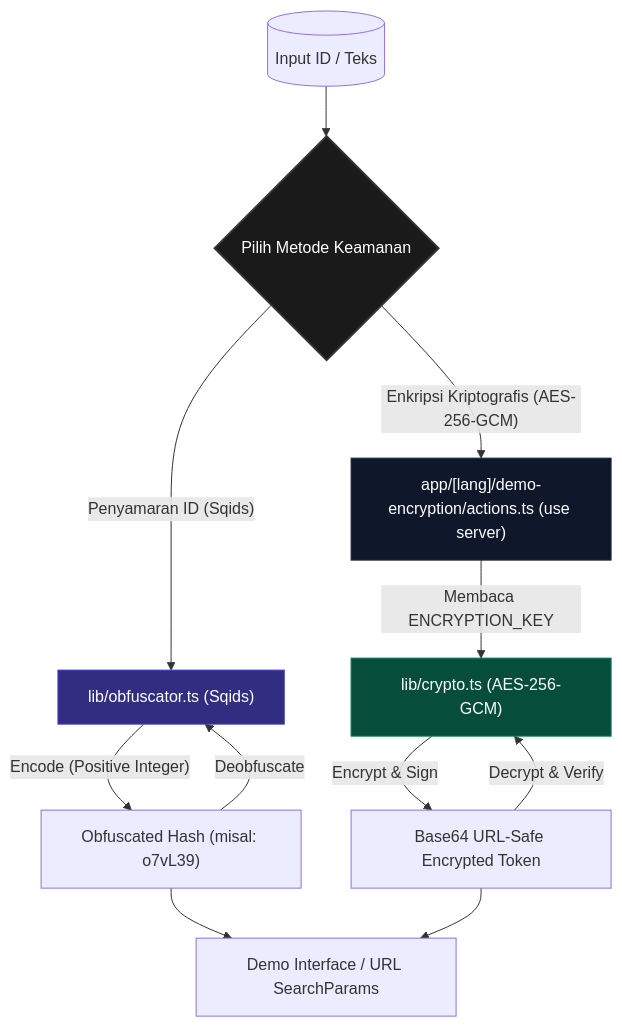
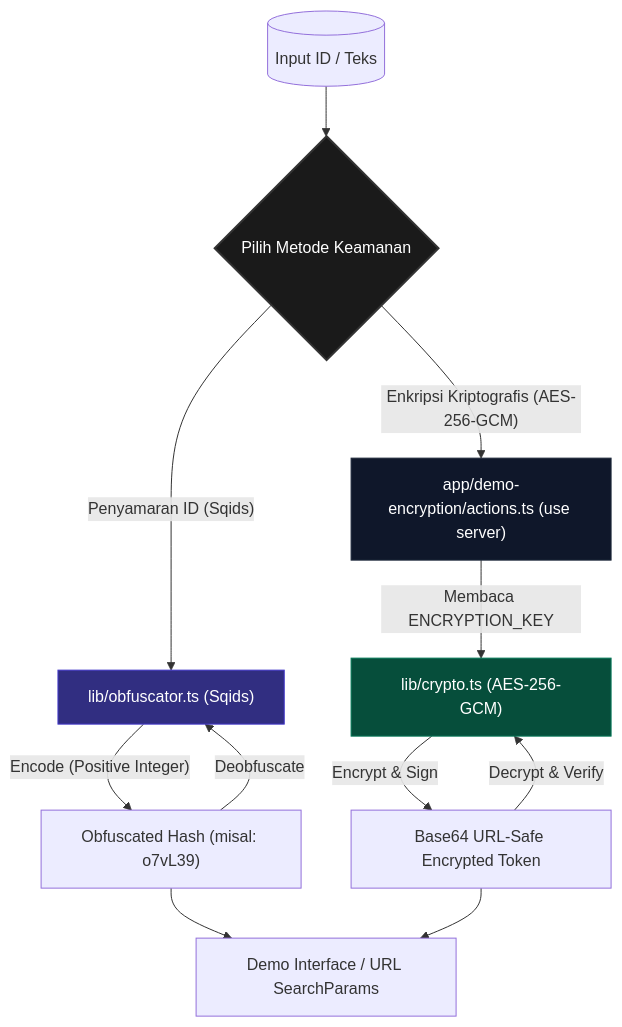
The diagram in README.md (amirisback/init-nextjs), drawn with Mermaid before and after one commit. The commit also changed other lines of this file and 2 other files, not shown here.

````diff
--- a/README.md
+++ b/README.md
@@ -13,24 +13,24 @@
 ```mermaid
 graph TD
     Input[("Input ID / Teks")] --> Decision{"Pilih Metode Keamanan"}
     
     %% Obfuscation Path (Sqids)
     Decision -- "Penyamaran ID (Sqids)" --> SqidsBlock["lib/obfuscator.ts (Sqids)"]
     SqidsBlock --> |"Encode (Positive Integer)"| ObfHash["Obfuscated Hash (misal: o7vL39)"]
     ObfHash --> |"Deobfuscate"| SqidsBlock
     
     %% Encryption Path (AES)
-    Decision -- "Enkripsi Kriptografis (AES-256-GCM)" --> ServerAction["app/[lang]/demo-encryption/actions.ts (use server)"]
+    Decision -- "Enkripsi Kriptografis (AES-256-GCM)" --> ServerAction["app/demo-encryption/actions.ts (use server)"]
     ServerAction --> |"Membaca ENCRYPTION_KEY"| AESGCM["lib/crypto.ts (AES-256-GCM)"]
     AESGCM --> |"Encrypt & Sign"| EncToken["Base64 URL-Safe Encrypted Token"]
     EncToken --> |"Decrypt & Verify"| AESGCM
     
     %% UI Presentation
     ObfHash --> UI["Demo Interface / URL SearchParams"]
     EncToken --> UI
     
     style Decision fill:#1a1a1a,stroke:#333,stroke-width:2px,color:#fff
     style SqidsBlock fill:#312e81,stroke:#4338ca,color:#fff
     style AESGCM fill:#064e3b,stroke:#047857,color:#fff
     style ServerAction fill:#0f172a,stroke:#1e293b,color:#fff
 ```
````
